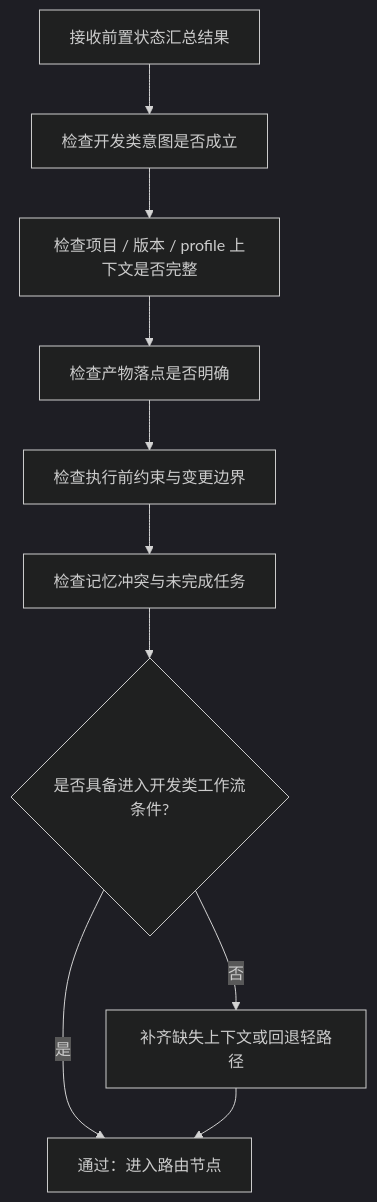
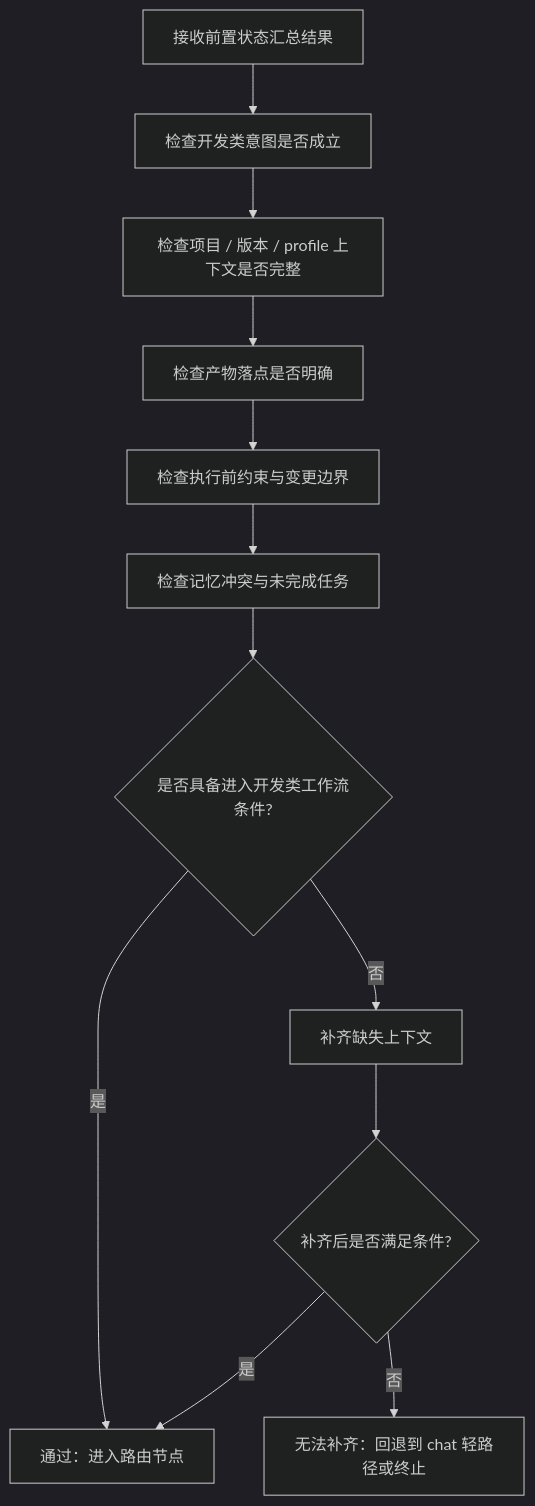
Before and after one commit to devcodex-labs/devcodex: the diagram in website/docs/specs/dev-compliance-flow.md, drawn with Mermaid (dark theme). The commit also changed other lines of this file and 184 other files, not shown here.

````diff
--- a/website/docs/specs/dev-compliance-flow.md
+++ b/website/docs/specs/dev-compliance-flow.md
@@ -10,16 +10,20 @@
 ```mermaid
 flowchart TD
     IN["接收前置状态汇总结果"]
     INTENT_CHECK["检查开发类意图是否成立"]
     PROFILE_CHECK["检查项目 / 版本 / profile 上下文是否完整"]
     OUTPUT_CHECK["检查产物落点是否明确"]
     CONSTRAINT_CHECK["检查执行前约束与变更边界"]
     CONFLICT_CHECK["检查记忆冲突与未完成任务"]
     READY{"是否具备进入开发类工作流条件?"}
-    FIX_GAP["补齐缺失上下文或回退轻路径"]
+    FIX_GAP["补齐缺失上下文"]
+    FALLBACK["无法补齐：回退到 chat 轻路径或终止"]
     PASS["通过：进入路由节点"]
 
     IN --> INTENT_CHECK --> PROFILE_CHECK --> OUTPUT_CHECK --> CONSTRAINT_CHECK --> CONFLICT_CHECK --> READY
     READY -->|是| PASS
-    READY -->|否| FIX_GAP --> PASS
+    READY -->|否| FIX_GAP
+    FIX_GAP --> READY2{"补齐后是否满足条件?"}
+    READY2 -->|是| PASS
+    READY2 -->|否| FALLBACK
 ```
````
